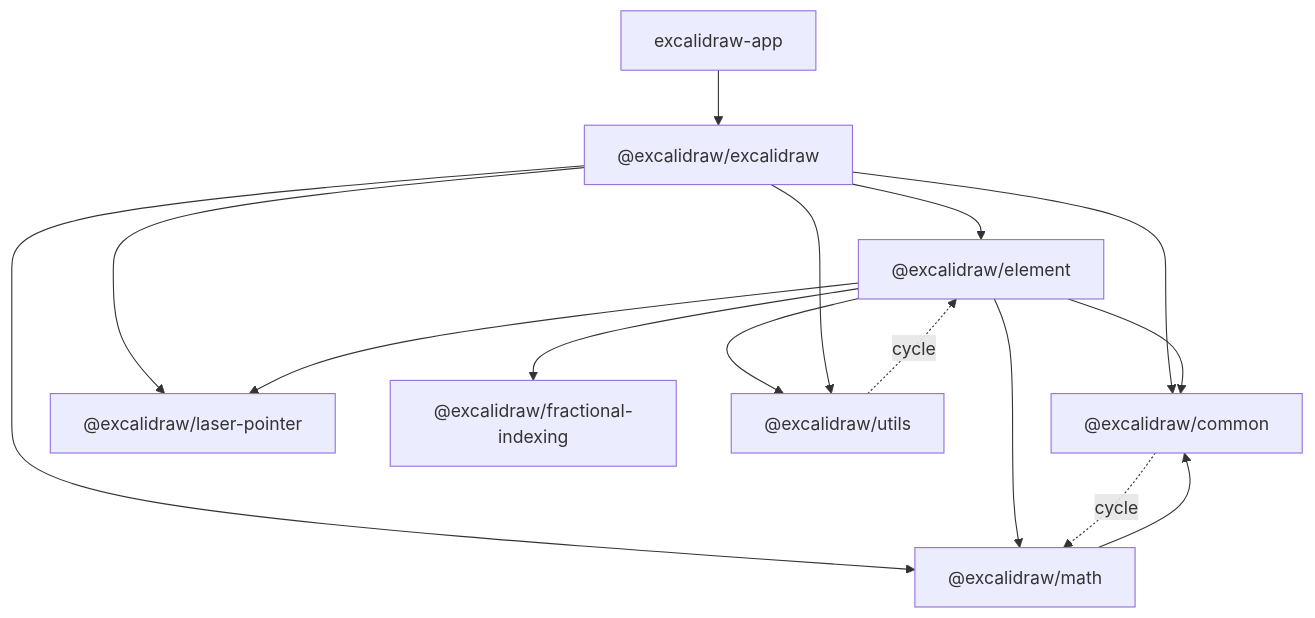
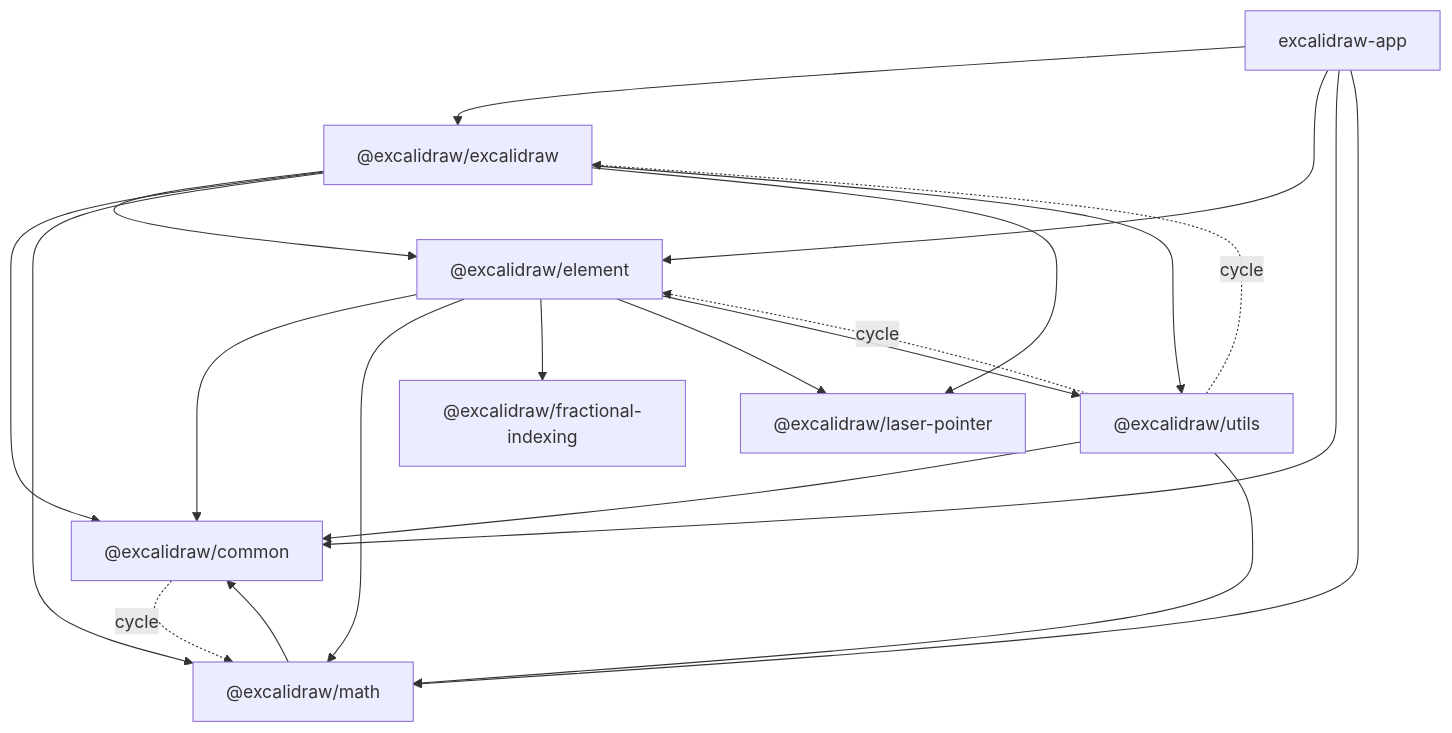
Before and after one commit to unobravo/whiteboard-fe: the first of 4 diagrams in docs/ARCHITECTURE.md, drawn with Mermaid. The commit also changed other lines of this file, not shown here.

````diff
--- a/docs/ARCHITECTURE.md
+++ b/docs/ARCHITECTURE.md
@@ -33,17 +33,23 @@
 ```mermaid
 graph TD
   app["excalidraw-app"] --> editor["@excalidraw/excalidraw"]
   editor --> element["@excalidraw/element"]
   editor --> common["@excalidraw/common"]
   editor --> math["@excalidraw/math"]
   editor --> lp["@excalidraw/laser-pointer"]
   element --> common
   element --> math
   element --> fi["@excalidraw/fractional-indexing"]
   element --> lp
   element --> utils["@excalidraw/utils"]
   utils -. cycle .-> element
+  utils -. cycle .-> editor
+  utils --> common
+  utils --> math
   editor --> utils
+  app --> element
+  app --> common
+  app --> math
   math --> common
   common -. cycle .-> math
 ```
````
